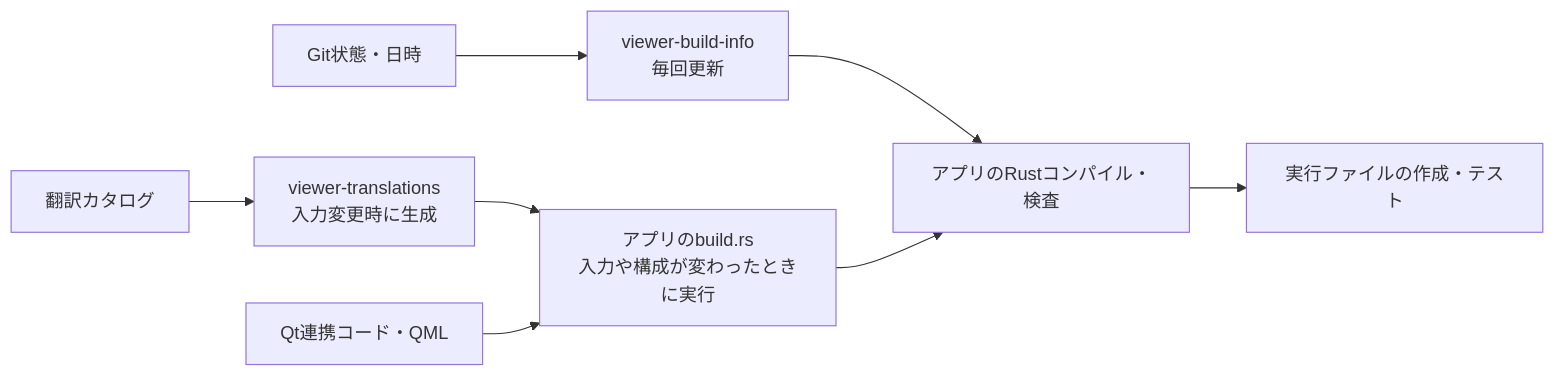
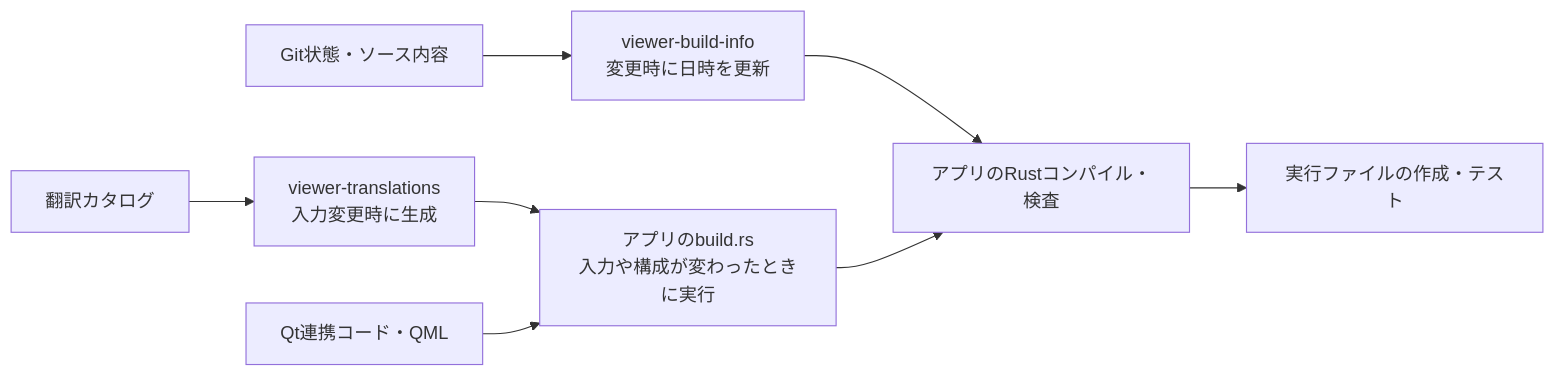
Before and after one commit to ouvill/NagameTV: the diagram in docs/development.md, drawn with Mermaid. The commit also changed other lines of this file and 21 other files, not shown here.

````diff
--- a/docs/development.md
+++ b/docs/development.md
@@ -396,10 +420,10 @@
 ```mermaid
 flowchart LR
-    source["Git状態・日時"] --> identity["viewer-build-info<br/>毎回更新"]
+    source["Git状態・ソース内容"] --> identity["viewer-build-info<br/>変更時に日時を更新"]
     catalog["翻訳カタログ"] --> translations["viewer-translations<br/>入力変更時に生成"]
     translations --> native["アプリのbuild.rs<br/>入力や構成が変わったときに実行"]
     qt["Qt連携コード・QML"] --> native
     identity --> app["アプリのRustコンパイル・検査"]
     native --> app
     app --> binary["実行ファイルの作成・テスト"]
 ```
````
